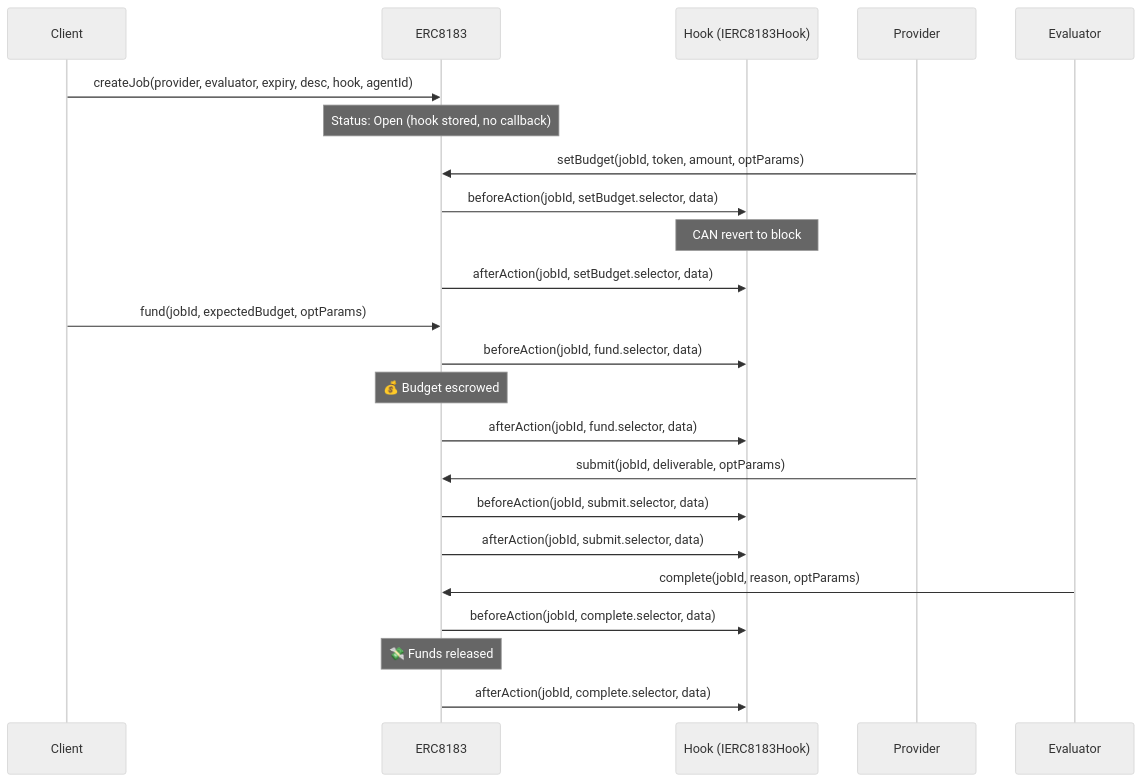
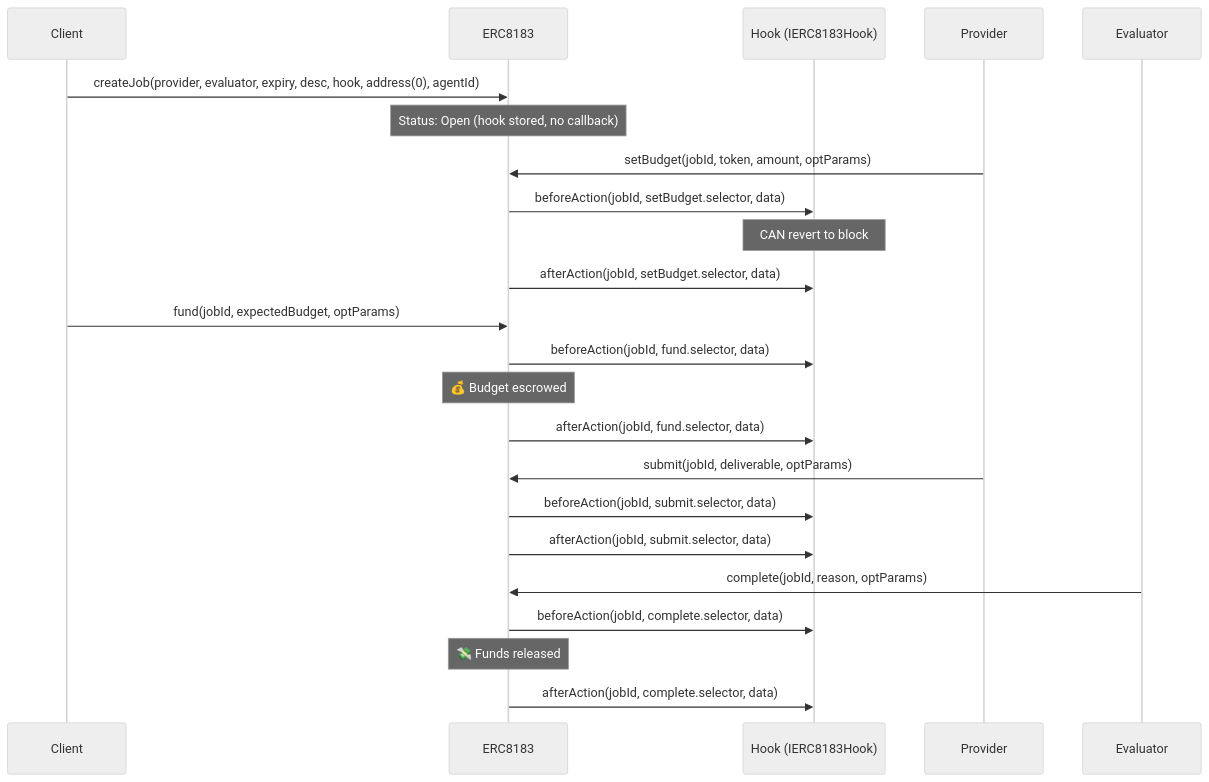
The third of 4 diagrams in docs/01-architecture.md (erc-8183/base-contracts), drawn with Mermaid (neutral theme) before and after one commit. The commit also changed other lines of this file and 2 other files, not shown here.

````diff
--- a/docs/01-architecture.md
+++ b/docs/01-architecture.md
@@ -57,30 +57,30 @@
 ```mermaid
 sequenceDiagram
     participant C as Client
     participant AC as ERC8183
     participant H as Hook (IERC8183Hook)
     participant P as Provider
     participant E as Evaluator
 
-    C->>AC: createJob(provider, evaluator, expiry, desc, hook, agentId)
+    C->>AC: createJob(provider, evaluator, expiry, desc, hook, address(0), agentId)
     Note over AC: Status: Open (hook stored, no callback)
 
     P->>AC: setBudget(jobId, token, amount, optParams)
     AC->>H: beforeAction(jobId, setBudget.selector, data)
     Note over H: CAN revert to block
     AC->>H: afterAction(jobId, setBudget.selector, data)
 
     C->>AC: fund(jobId, expectedBudget, optParams)
     AC->>H: beforeAction(jobId, fund.selector, data)
     Note over AC: 💰 Budget escrowed
     AC->>H: afterAction(jobId, fund.selector, data)
 
     P->>AC: submit(jobId, deliverable, optParams)
     AC->>H: beforeAction(jobId, submit.selector, data)
     AC->>H: afterAction(jobId, submit.selector, data)
 
     E->>AC: complete(jobId, reason, optParams)
     AC->>H: beforeAction(jobId, complete.selector, data)
     Note over AC: 💸 Funds released
     AC->>H: afterAction(jobId, complete.selector, data)
 ```
````
